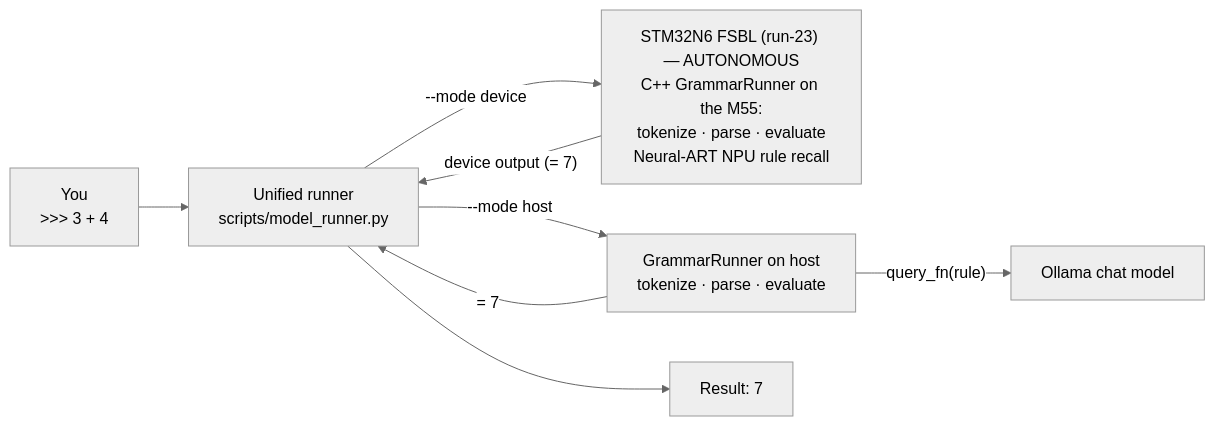
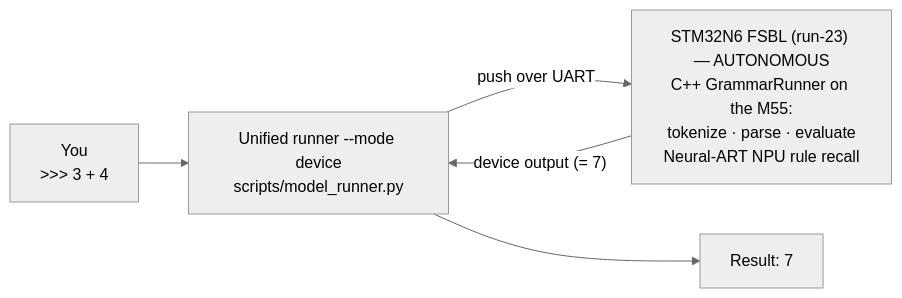
One commit to packetqc/AI changed the second of 2 diagrams in README.md. Above: the diagram before and after it, drawn with Mermaid. The commit also changed other lines of this file, not shown here.

First line of the commit message:
docs(README): dissolve Runner into CPU/NPU device paths + add TOC + code-accurate exports

````diff
--- a/README.md
+++ b/README.md
@@ -629,11 +773,8 @@
 ```mermaid
 %%{init: {'theme':'neutral'}}%%
 flowchart LR
-    U["You<br/>&gt;&gt;&gt; 3 + 4"] --> CLI["Unified runner<br/>scripts/model_runner.py"]
-    CLI -->|"--mode device"| DEV["STM32N6 FSBL (run-23) — AUTONOMOUS<br/>C++ GrammarRunner on the M55:<br/>tokenize · parse · evaluate<br/>Neural-ART NPU rule recall"]
-    CLI -->|"--mode host"| HOST["GrammarRunner on host<br/>tokenize · parse · evaluate"]
-    HOST -->|"query_fn(rule)"| OLL["Ollama chat model"]
+    U["You<br/>&gt;&gt;&gt; 3 + 4"] --> CLI["Unified runner --mode device<br/>scripts/model_runner.py"]
+    CLI -->|"push over UART"| DEV["STM32N6 FSBL (run-23) — AUTONOMOUS<br/>C++ GrammarRunner on the M55:<br/>tokenize · parse · evaluate<br/>Neural-ART NPU rule recall"]
     DEV -->|"device output (= 7)"| CLI
-    HOST -->|"= 7"| CLI
     CLI --> RES["Result: 7"]
 ```
````
